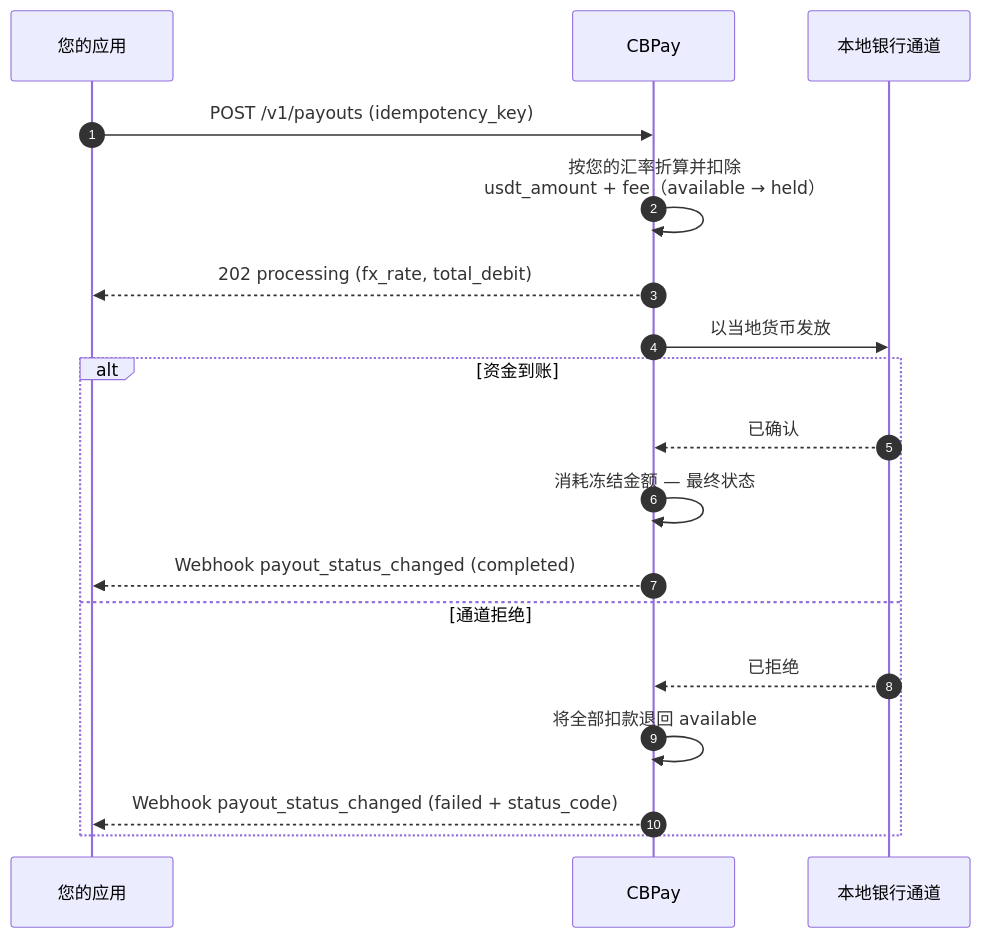
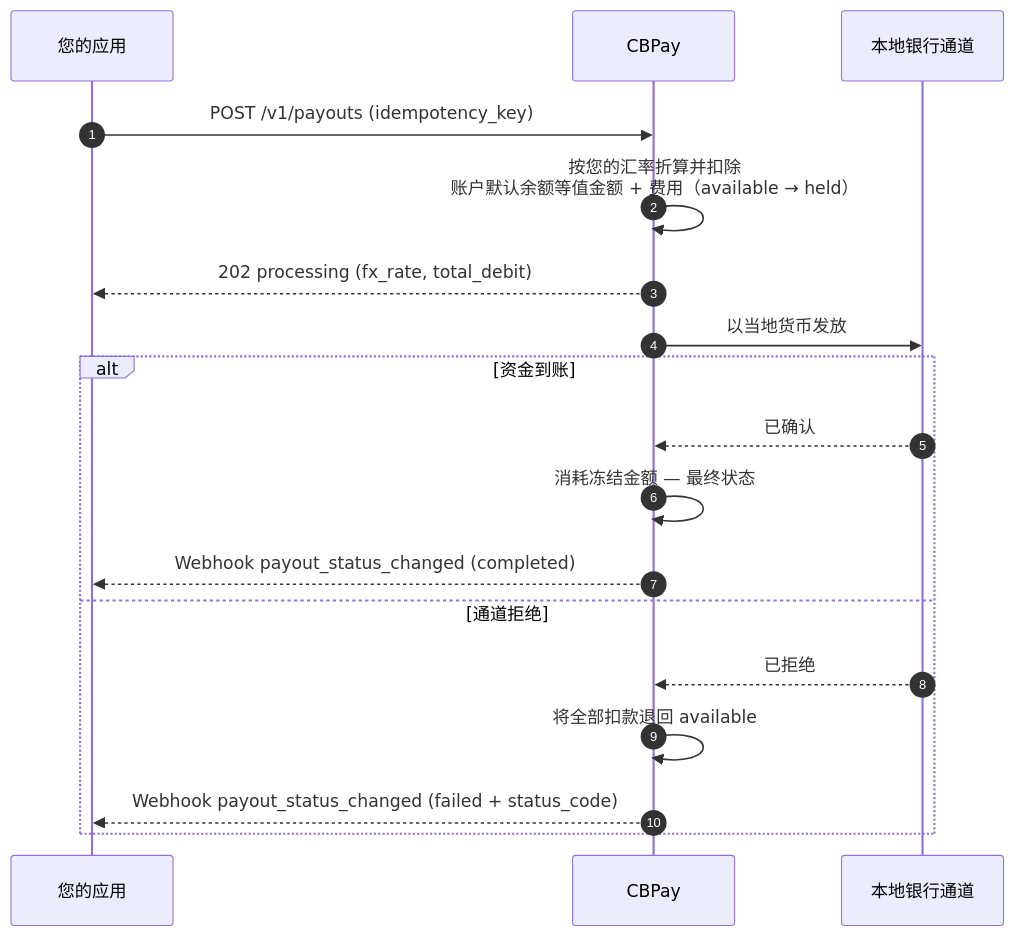
The diagram in docs-mintlify/cbpay/mcp-pack/guides/zh/guides/payouts-overview.md (CBpayapp/cbpay-docs), drawn with Mermaid before and after one commit. The commit also changed other lines of this file and 113 other files, not shown here.

````diff
--- a/docs-mintlify/cbpay/mcp-pack/guides/zh/guides/payouts-overview.md
+++ b/docs-mintlify/cbpay/mcp-pack/guides/zh/guides/payouts-overview.md
@@ -18,20 +19,20 @@
 ```mermaid
 sequenceDiagram
     autonumber
     participant App as 您的应用
     participant CB as CBPay
     participant Rail as 本地银行通道
     App->>CB: POST /v1/payouts (idempotency_key)
-    CB->>CB: 按您的汇率折算并扣除<br/>usdt_amount + fee（available → held）
+    CB->>CB: 按您的汇率折算并扣除<br/>账户默认余额等值金额 + 费用（available → held）
     CB-->>App: 202 processing (fx_rate, total_debit)
     CB->>Rail: 以当地货币发放
     alt 资金到账
         Rail-->>CB: 已确认
         CB->>CB: 消耗冻结金额 — 最终状态
         CB-->>App: Webhook payout_status_changed (completed)
     else 通道拒绝
         Rail-->>CB: 已拒绝
         CB->>CB: 将全部扣款退回 available
         CB-->>App: Webhook payout_status_changed (failed + status_code)
     end
 ```
````
